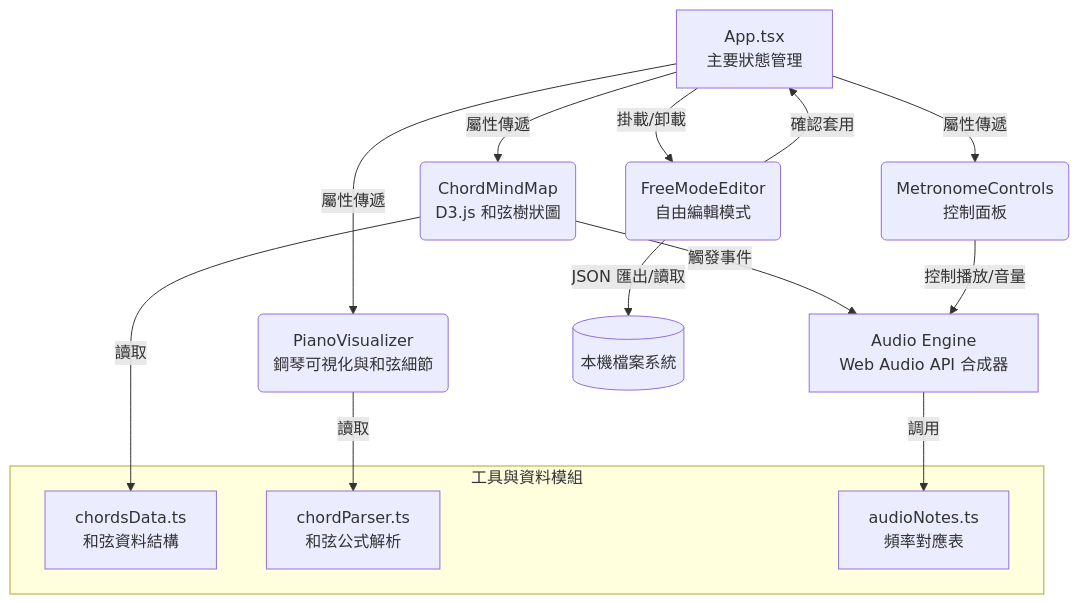
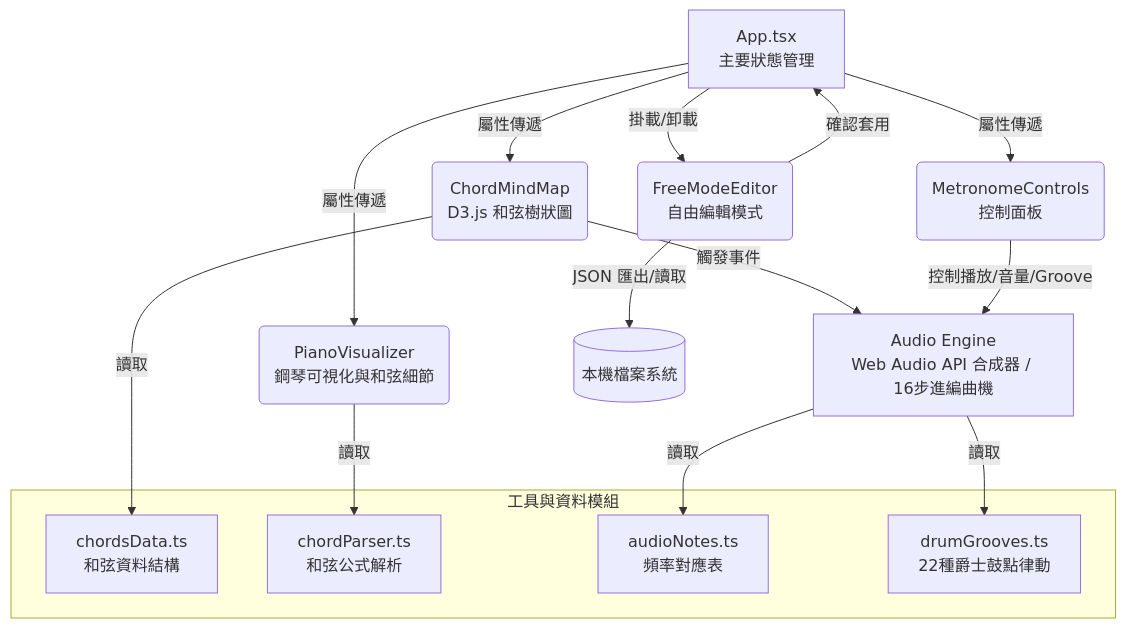
Before and after one commit to AymiMensa/ChordTree: the diagram in README.md, drawn with Mermaid. The commit also changed other lines of this file and 7 other files, not shown here.

Commit message:
feat: implement 16-step sequencer and drum grooves

````diff
--- a/README.md
+++ b/README.md
@@ -16,22 +16,24 @@
 ```mermaid
 graph TD
     A[App.tsx<br>主要狀態管理] -->|屬性傳遞| B(ChordMindMap<br>D3.js 和弦樹狀圖)
     A -->|屬性傳遞| C(PianoVisualizer<br>鋼琴可視化與和弦細節)
     A -->|屬性傳遞| D(MetronomeControls<br>控制面板)
     A -->|掛載/卸載| E(FreeModeEditor<br>自由編輯模式)
     
-    B -->|觸發事件| F[Audio Engine<br>Web Audio API 合成器]
-    D -->|控制播放/音量| F
+    B -->|觸發事件| F[Audio Engine<br>Web Audio API 合成器 / 16步進編曲機]
+    D -->|控制播放/音量/Groove| F
     E -->|JSON 匯出/讀取| G[(本機檔案系統)]
     E -->|確認套用| A
     
     subgraph 工具與資料模組
         H[chordsData.ts<br>和弦資料結構]
         I[chordParser.ts<br>和弦公式解析]
         J[audioNotes.ts<br>頻率對應表]
+        K[drumGrooves.ts<br>22種爵士鼓點律動]
     end
     
-    F -->|調用| J
+    F -->|讀取| J
+    F -->|讀取| K
     B -->|讀取| H
     C -->|讀取| I
 ```
````
